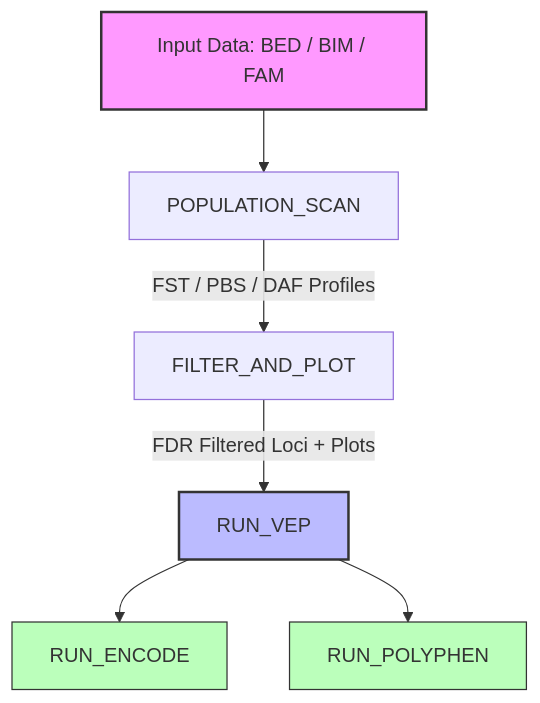
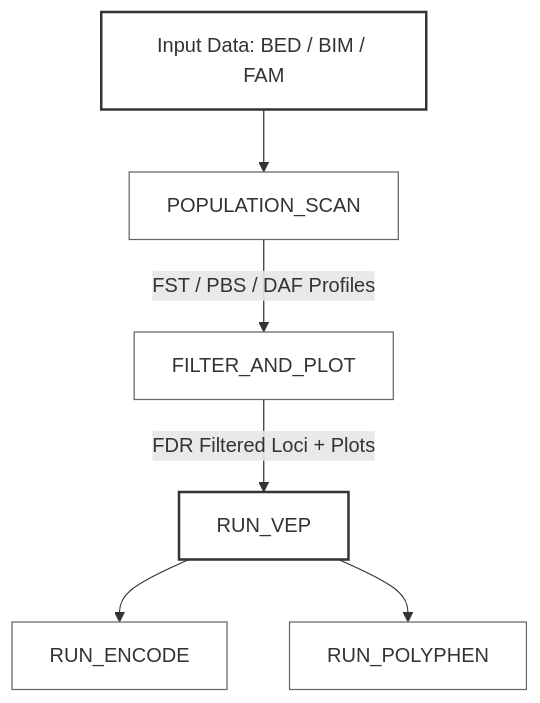
Before and after one commit to Ammar-Mizwar/pbs-genomics-pipeline: the diagram in README.md, drawn with Mermaid.

Commit message:
Refactor diagram styles in README.md
Updated styles for diagram elements in README.

````diff
--- a/README.md
+++ b/README.md
@@ -32,15 +32,14 @@
 ```mermaid
 graph TD
     A[Input Data: BED / BIM / FAM] --> B[POPULATION_SCAN]
     B -->|FST / PBS / DAF Profiles| C[FILTER_AND_PLOT]
     C -->|FDR Filtered Loci + Plots| D[RUN_VEP]
     
     D --> E[RUN_ENCODE]
     D --> F[RUN_POLYPHEN]
     
-    style A fill:#f9f,stroke:#333,stroke-width:2px
-    style D fill:#bbf,stroke:#333,stroke-width:2px
-    style E fill:#bfb,stroke:#333,stroke-width:1px
-    style F fill:#bfb,stroke:#333,stroke-width:1px
+    classDef default fill:none,stroke:#666,stroke-width:1px;
+    classDef highlight stroke:#333,stroke-width:2px;
+    class A,D highlight;
 
 ```
````
